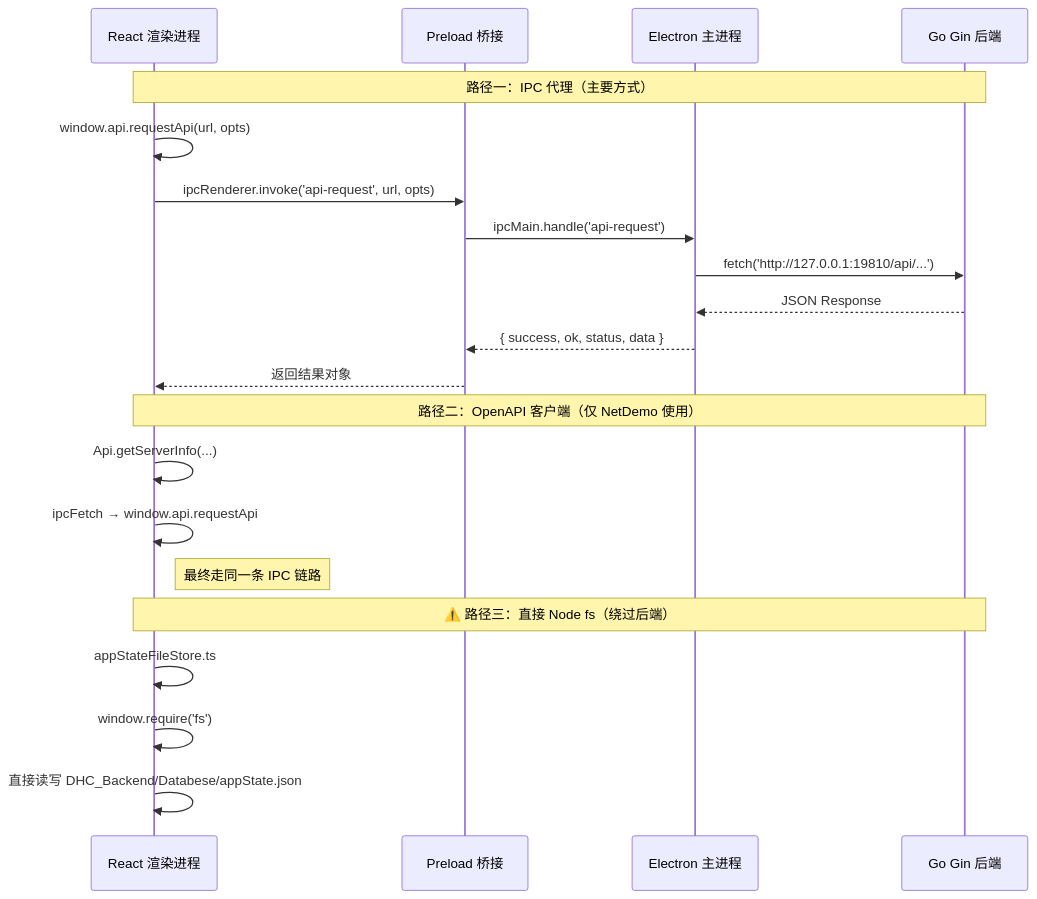
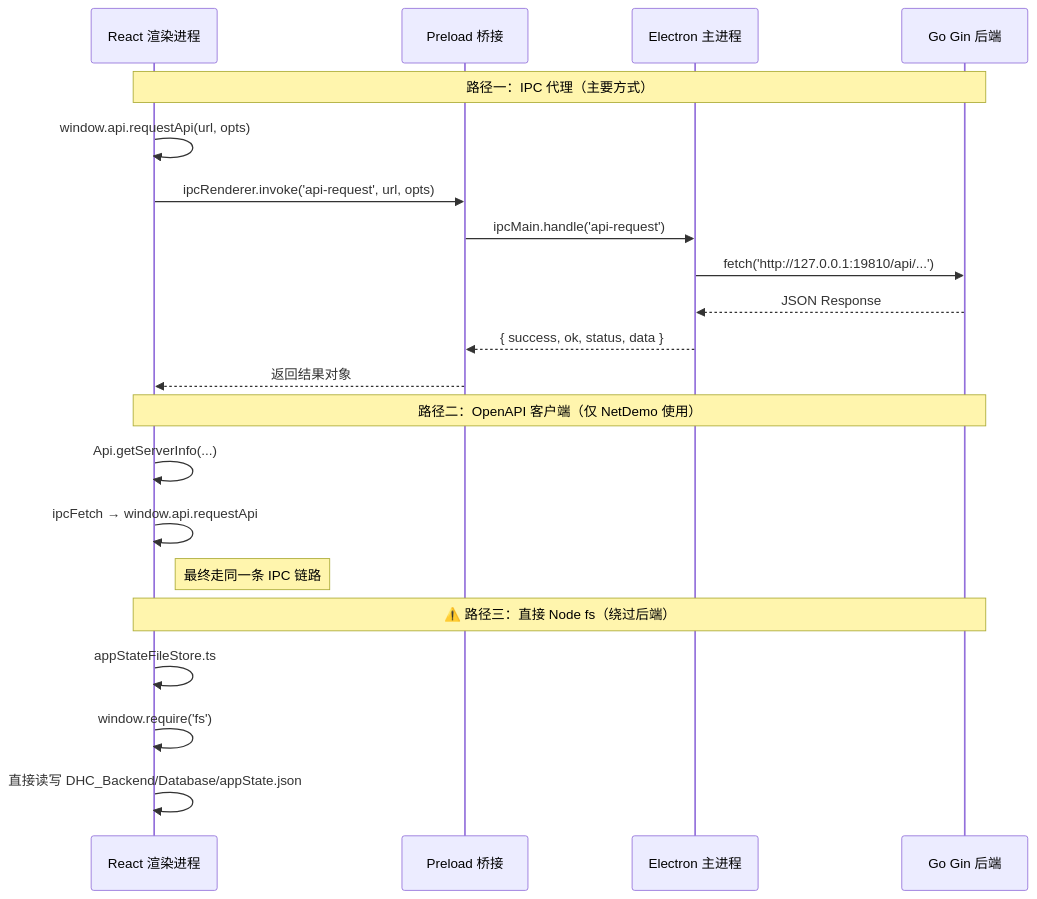
One commit to WUTONK/DHC_AC_Installer changed the fourth of 13 diagrams in doc/架构分析/architecture-full-analysis.md. Above: the diagram before and after it, drawn with Mermaid. The commit also changed other lines of this file and 16 other files, not shown here.

````diff
--- a/doc/架构分析/architecture-full-analysis.md
+++ b/doc/架构分析/architecture-full-analysis.md
@@ -308,26 +308,26 @@
 ```mermaid
 sequenceDiagram
     participant R as React 渲染进程
     participant P as Preload 桥接
     participant M as Electron 主进程
     participant G as Go Gin 后端
 
     Note over R,G: 路径一：IPC 代理（主要方式）
     R->>R: window.api.requestApi(url, opts)
     R->>P: ipcRenderer.invoke('api-request', url, opts)
     P->>M: ipcMain.handle('api-request')
     M->>G: fetch('http://127.0.0.1:19810/api/...')
     G-->>M: JSON Response
     M-->>P: { success, ok, status, data }
     P-->>R: 返回结果对象
     
     Note over R,G: 路径二：OpenAPI 客户端（仅 NetDemo 使用）
     R->>R: Api.getServerInfo(...)
     R->>R: ipcFetch → window.api.requestApi
     Note right of R: 最终走同一条 IPC 链路
 
     Note over R,G: ⚠️ 路径三：直接 Node fs（绕过后端）
     R->>R: appStateFileStore.ts
     R->>R: window.require('fs')
-    R->>R: 直接读写 DHC_Backend/Databese/appState.json
+    R->>R: 直接读写 DHC_Backend/Database/appState.json
 ```
````
